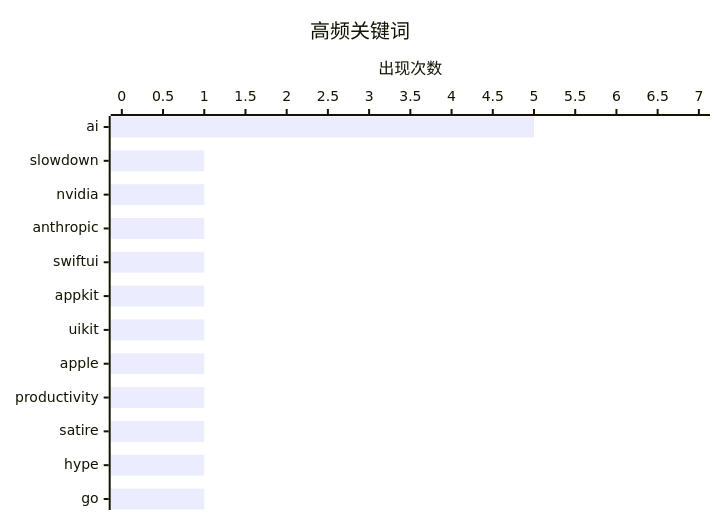
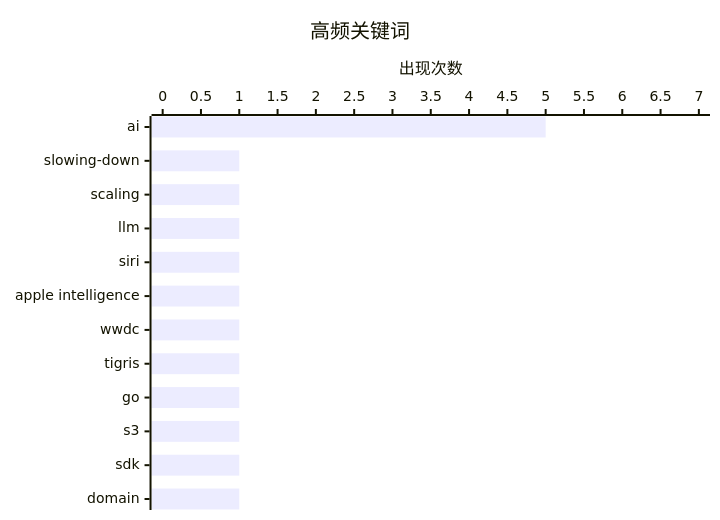
Before and after one commit to SamhooXee/aidigest: the second of 2 diagrams in content/digest_2026-06-09.md, drawn with Mermaid. The commit also changed other lines of this file, not shown here.

````diff
--- a/content/digest_2026-06-09.md
+++ b/content/digest_2026-06-09.md
@@ -59,7 +65,7 @@
 ```mermaid
 xychart-beta horizontal
     title "高频关键词"
-    x-axis ["ai", "slowdown", "nvidia", "anthropic", "swiftui", "appkit", "uikit", "apple", "productivity", "satire", "hype", "go"]
+    x-axis ["ai", "slowing-down", "scaling", "llm", "siri", "apple intelligence", "wwdc", "tigris", "go", "s3", "sdk", "domain"]
     y-axis "出现次数" 0 --> 7
     bar [5, 1, 1, 1, 1, 1, 1, 1, 1, 1, 1, 1]
 ```
````
